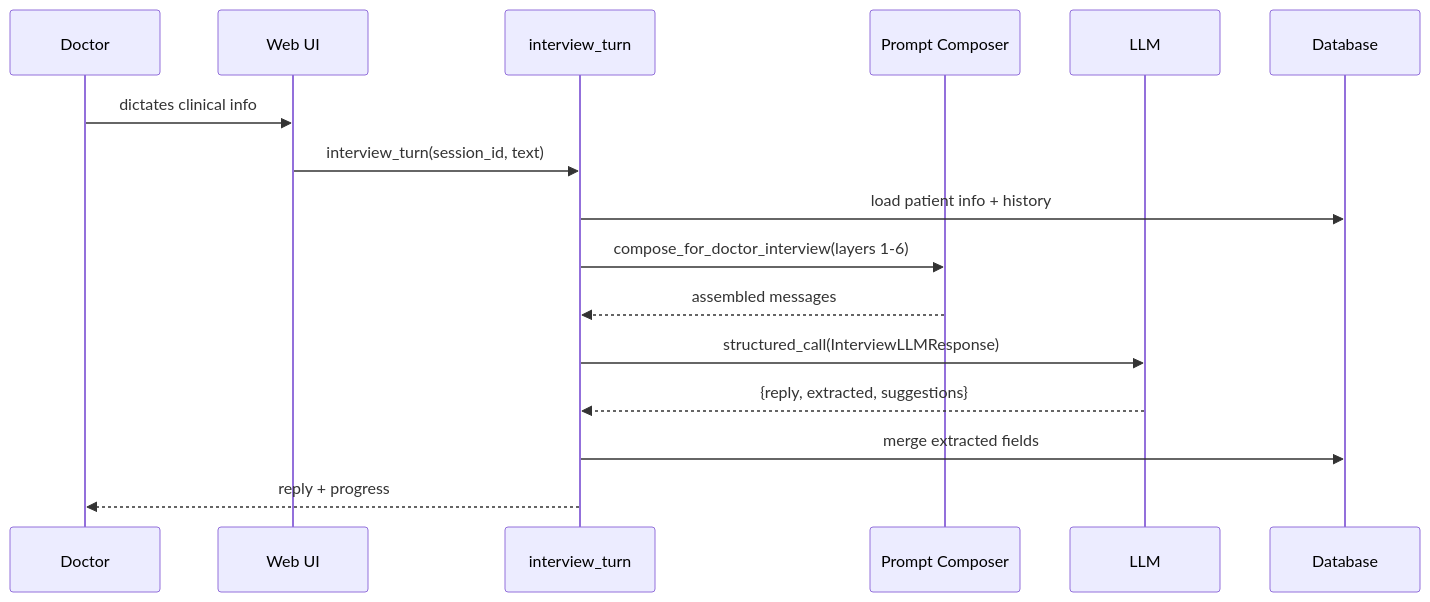
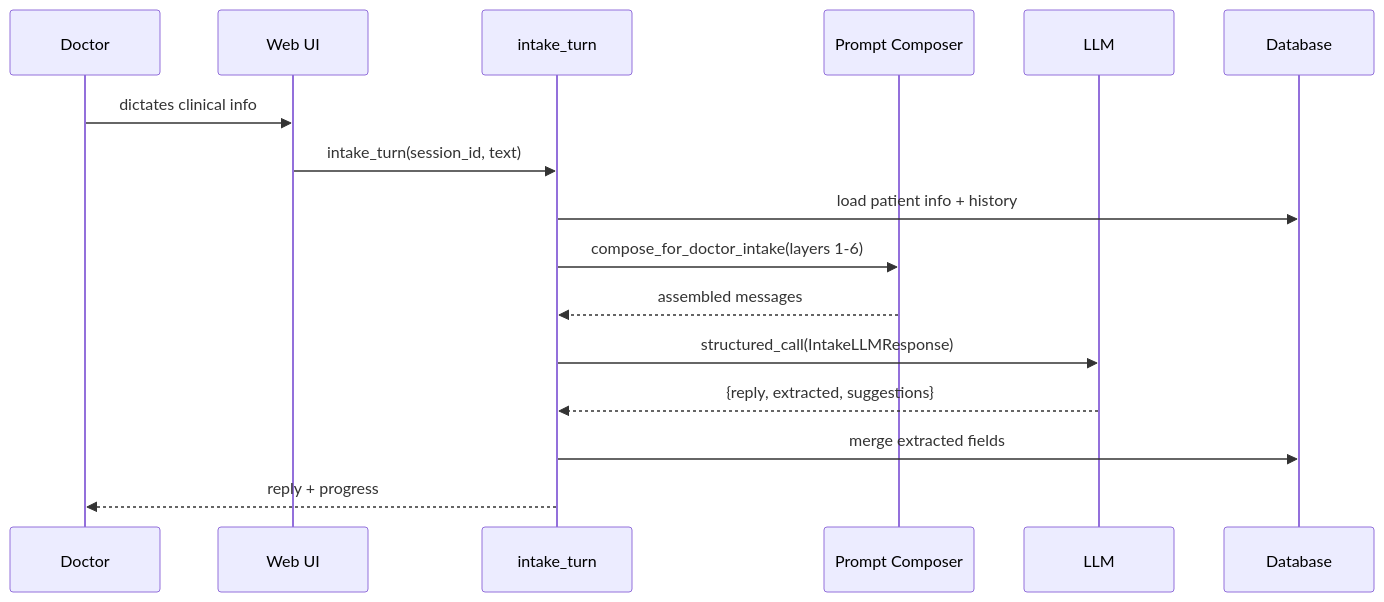
One commit to moments8890/doctor-ai-agent changed the second of 11 diagrams in docs/architecture.md. Above: the diagram before and after it, drawn with Mermaid. The commit also changed other lines of this file and 337 other files, not shown here.

````diff
--- a/docs/architecture.md
+++ b/docs/architecture.md
@@ -153,19 +153,19 @@
 ```mermaid
 sequenceDiagram
     participant D as Doctor
     participant UI as Web UI
-    participant IT as interview_turn
+    participant IT as intake_turn
     participant P as Prompt Composer
     participant L as LLM
     participant DB as Database
 
     D->>UI: dictates clinical info
-    UI->>IT: interview_turn(session_id, text)
+    UI->>IT: intake_turn(session_id, text)
     IT->>DB: load patient info + history
-    IT->>P: compose_for_doctor_interview(layers 1-6)
+    IT->>P: compose_for_doctor_intake(layers 1-6)
     P-->>IT: assembled messages
-    IT->>L: structured_call(InterviewLLMResponse)
+    IT->>L: structured_call(IntakeLLMResponse)
     L-->>IT: {reply, extracted, suggestions}
     IT->>DB: merge extracted fields
     IT-->>D: reply + progress
 ```
````
